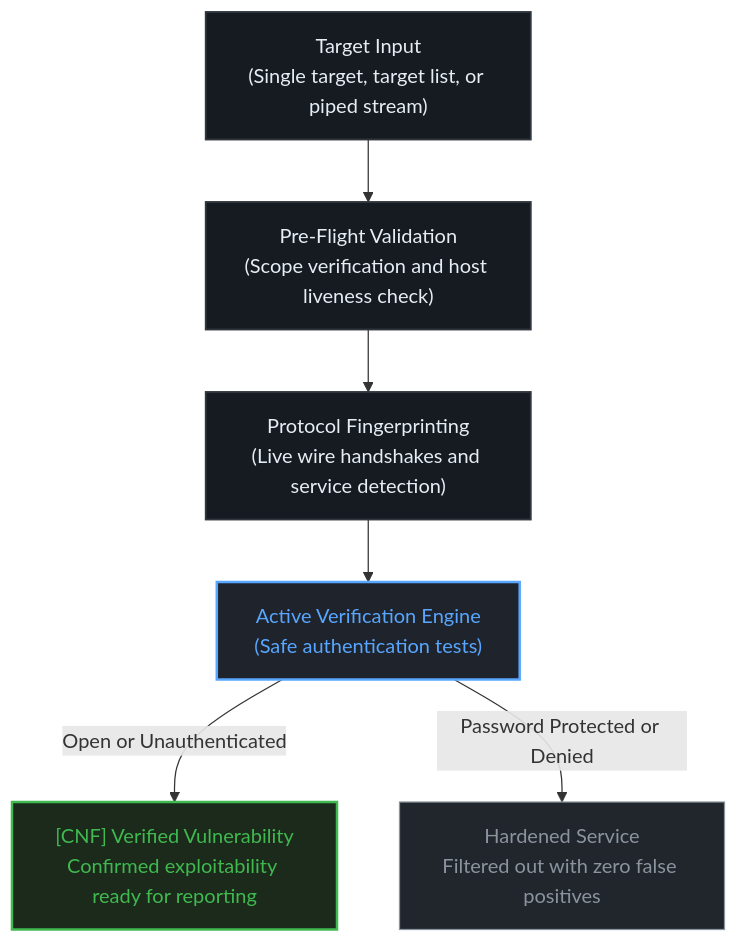
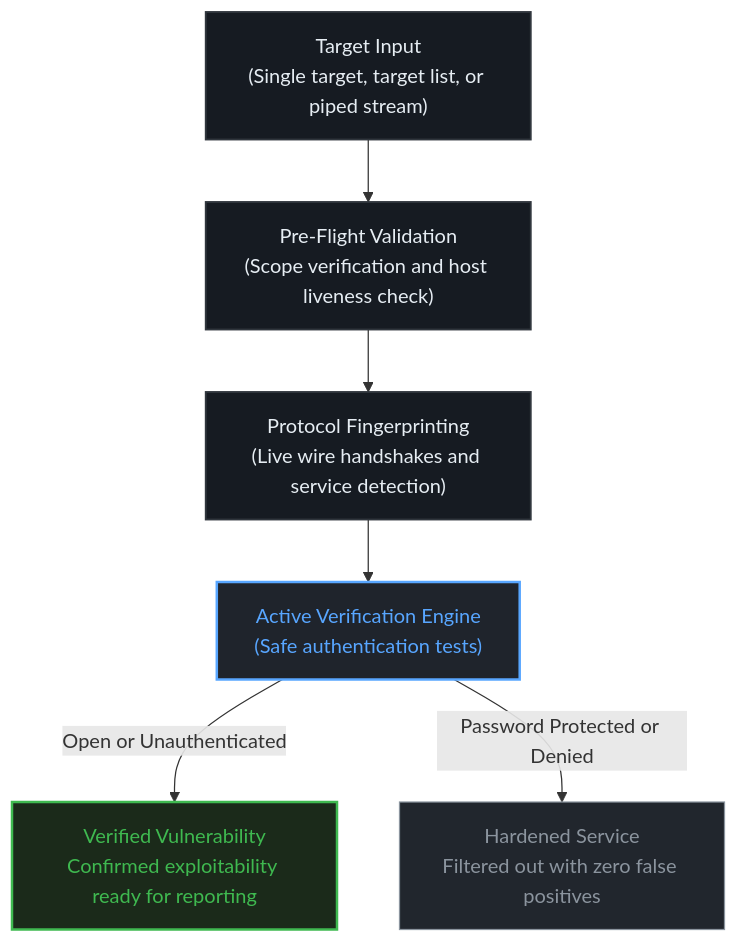
The diagram in README.md (R0X4R/vaasuki), drawn with Mermaid before and after one commit. The commit also changed other lines of this file, not shown here.

````diff
--- a/README.md
+++ b/README.md
@@ -62,14 +62,14 @@
 ```mermaid
 flowchart TD
     classDef step fill:#161b22,stroke:#30363d,stroke-width:1.5px,color:#e6edf3;
     classDef engine fill:#1f242c,stroke:#58a6ff,stroke-width:2px,color:#58a6ff;
     classDef finding fill:#1b2a1a,stroke:#3fb950,stroke-width:2px,color:#3fb950;
     classDef safe fill:#21262d,stroke:#8b949e,stroke-width:1px,color:#8b949e;
 
     IN["Target Input<br>(Single target, target list, or piped stream)"]:::step --> SC["Pre-Flight Validation<br>(Scope verification and host liveness check)"]:::step
     SC --> FP["Protocol Fingerprinting<br>(Live wire handshakes and service detection)"]:::step
     FP --> VER["Active Verification Engine<br>(Safe authentication tests)"]:::engine
 
-    VER -->|Open or Unauthenticated| CNF["[CNF] Verified Vulnerability<br>Confirmed exploitability ready for reporting"]:::finding
+    VER -->|Open or Unauthenticated| CNF[" Verified Vulnerability<br>Confirmed exploitability ready for reporting"]:::finding
     VER -->|Password Protected or Denied| SEC["Hardened Service<br>Filtered out with zero false positives"]:::safe
 ```
````
